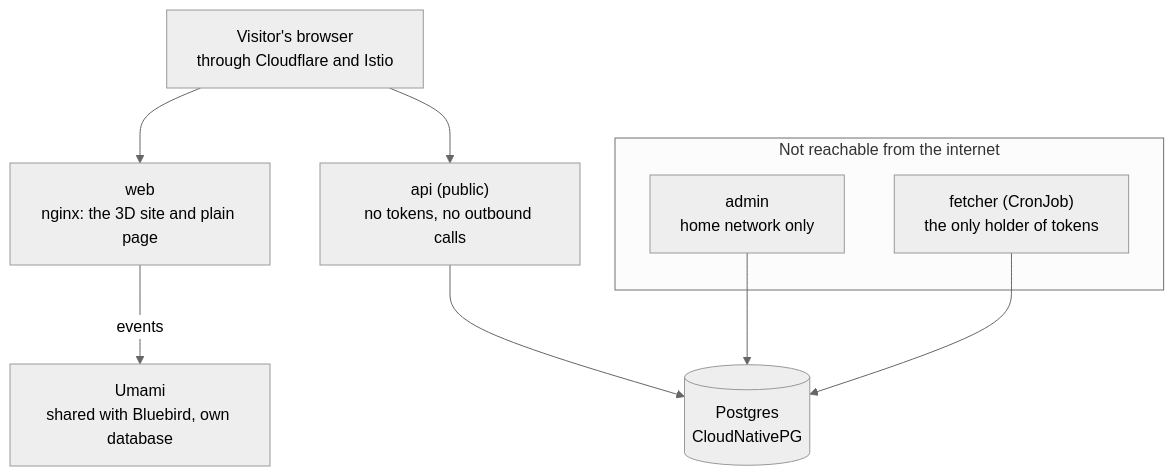
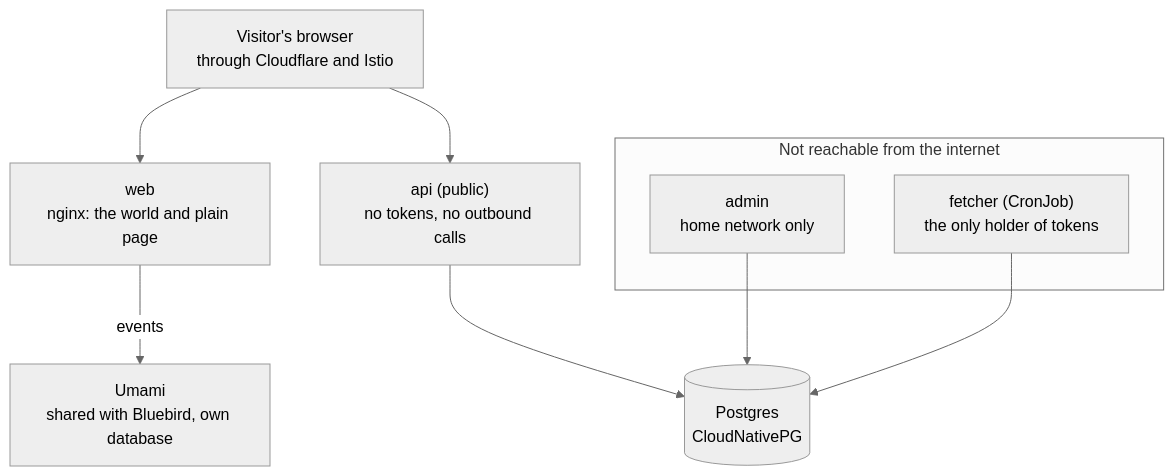
One commit to zimmertr/trailhead changed the diagram in docs/PRD.md. Above: the diagram before and after it, drawn with Mermaid (neutral theme). The commit also changed other lines of this file and 79 other files, not shown here.

````diff
--- a/docs/PRD.md
+++ b/docs/PRD.md
@@ -152,18 +154,18 @@
 ```mermaid
 flowchart TD
     browser["Visitor's browser<br>through Cloudflare and Istio"]
-    web["web<br>nginx: the 3D site and plain page"]
+    web["web<br>nginx: the world and plain page"]
     api["api (public)<br>no tokens, no outbound calls"]
     umami["Umami<br>shared with Bluebird, own database"]
     pg[("Postgres<br>CloudNativePG")]
     subgraph private["Not reachable from the internet"]
         admin["admin<br>home network only"]
         fetcher["fetcher (CronJob)<br>the only holder of tokens"]
     end
     browser --> web
     browser --> api
     web -- events --> umami
     api --> pg
     admin --> pg
     fetcher --> pg
 ```
````
